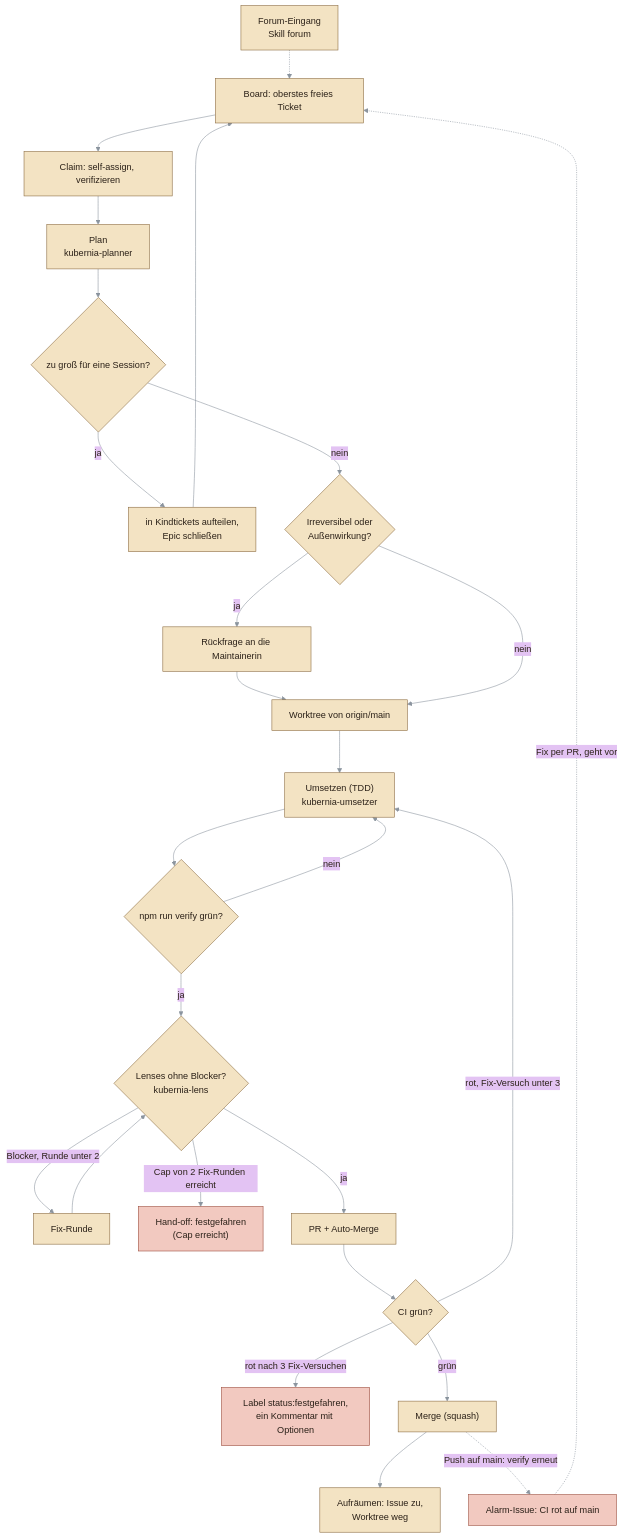
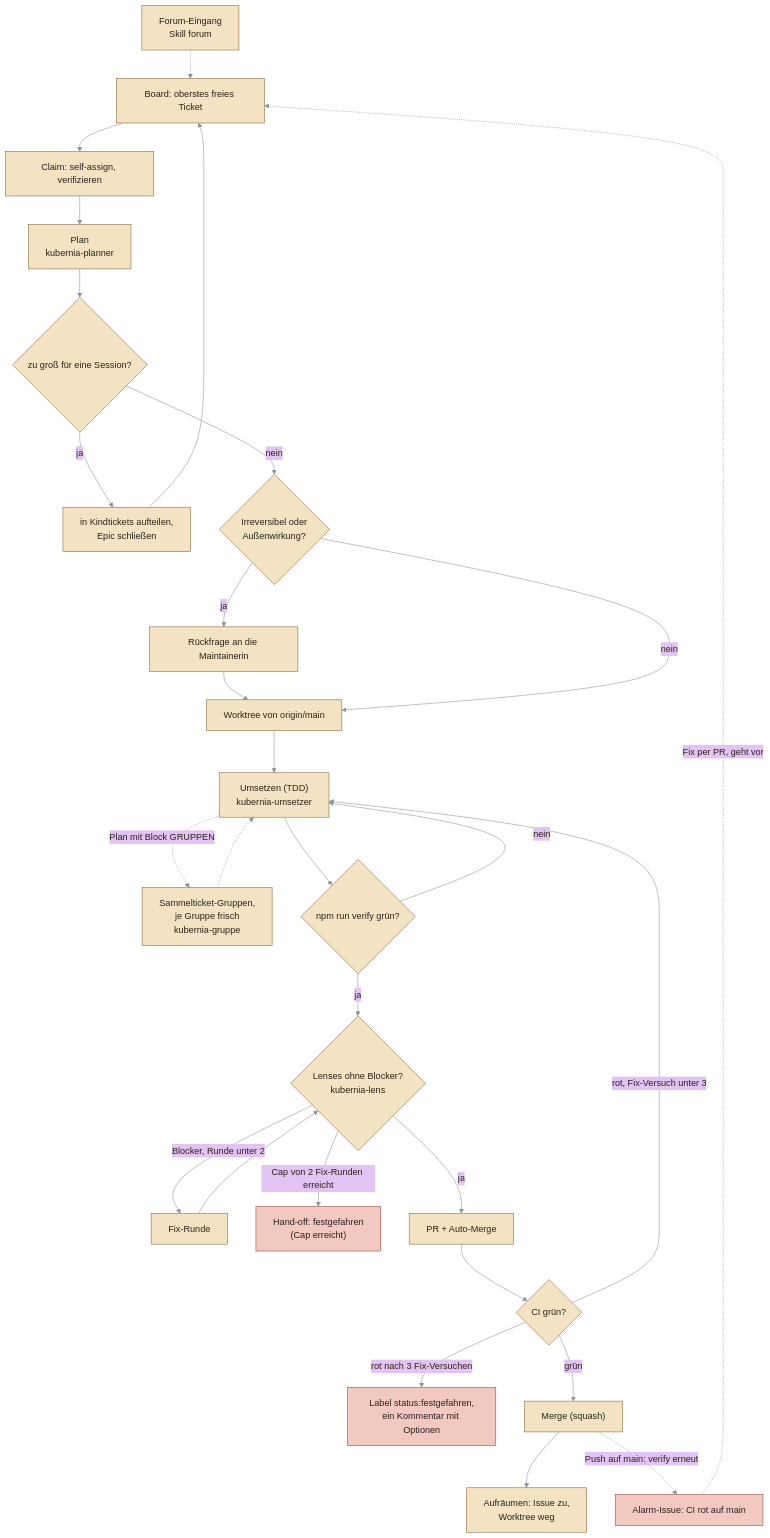
The first of 3 diagrams in README.md (fluffels/kubernia), drawn with Mermaid before and after one commit. The commit also changed other lines of this file and 22 other files, not shown here.

First line of the commit message:
feat(harness): Sammeltickets in Gruppen mit frischem Kontext, Generationsgrenze (#1647) (#1653)

````diff
--- a/README.md
+++ b/README.md
@@ -42,59 +42,61 @@
 ```mermaid
 ---
 config:
   theme: base
   look: classic
   layout: dagre
   themeVariables:
     lineColor: "#8b949e"
     primaryColor: "#f3e3c3"
     primaryTextColor: "#2b2118"
     primaryBorderColor: "#8a6a3f"
 ---
 flowchart TD
   board["Board: oberstes freies Ticket"]
   claim["Claim: self-assign, verifizieren"]
   wt["Worktree von origin/main"]
   plan["Plan<br/>kubernia-planner"]
   epic{"zu groß für eine Session?"}
   kinder["in Kindtickets aufteilen,<br/>Epic schließen"]
   pre{"Irreversibel oder<br/>Außenwirkung?"}
   frage["Rückfrage an die Maintainerin"]
   umsetzen["Umsetzen (TDD)<br/>kubernia-umsetzer"]
+  gruppen["Sammelticket-Gruppen,<br/>je Gruppe frisch<br/>kubernia-gruppe"]
   verify{"npm run verify grün?"}
   lenses{"Lenses ohne Blocker?<br/>kubernia-lens"}
   fix["Fix-Runde"]
   handoff["Hand-off: festgefahren<br/>(Cap erreicht)"]
   pr["PR + Auto-Merge"]
   ci{"CI grün?"}
   fest["Label status:festgefahren,<br/>ein Kommentar mit Optionen"]
   merge["Merge (squash)"]
   cleanup["Aufräumen: Issue zu,<br/>Worktree weg"]
   alarm["Alarm-Issue: CI rot auf main"]
   forum["Forum-Eingang<br/>Skill forum"]
 
   board --> claim --> plan --> epic
   epic -- ja --> kinder --> board
   epic -- nein --> pre
   pre -- ja --> frage --> wt
   pre -- nein --> wt
   wt --> umsetzen
   umsetzen --> verify
+  umsetzen -.->|"Plan mit Block GRUPPEN"| gruppen -.-> umsetzen
   verify -- nein --> umsetzen
   verify -- ja --> lenses
   lenses -- "Blocker, Runde unter 2" --> fix --> lenses
   lenses -- "Cap von 2 Fix-Runden erreicht" --> handoff
   lenses -- ja --> pr
   pr --> ci
   ci -- "rot, Fix-Versuch unter 3" --> umsetzen
   ci -- "rot nach 3 Fix-Versuchen" --> fest
   ci -- grün --> merge --> cleanup
   merge -.->|"Push auf main: verify erneut"| alarm
   alarm -.->|"Fix per PR, geht vor"| board
   forum -.-> board
 
   classDef schleife fill:#f3e3c3,stroke:#8a6a3f,color:#2b2118
   classDef stopp fill:#f2c9c0,stroke:#9a4a3a,color:#2b2118
   class verify,lenses,ci schleife
   class handoff,fest,alarm stopp
 ```
````
